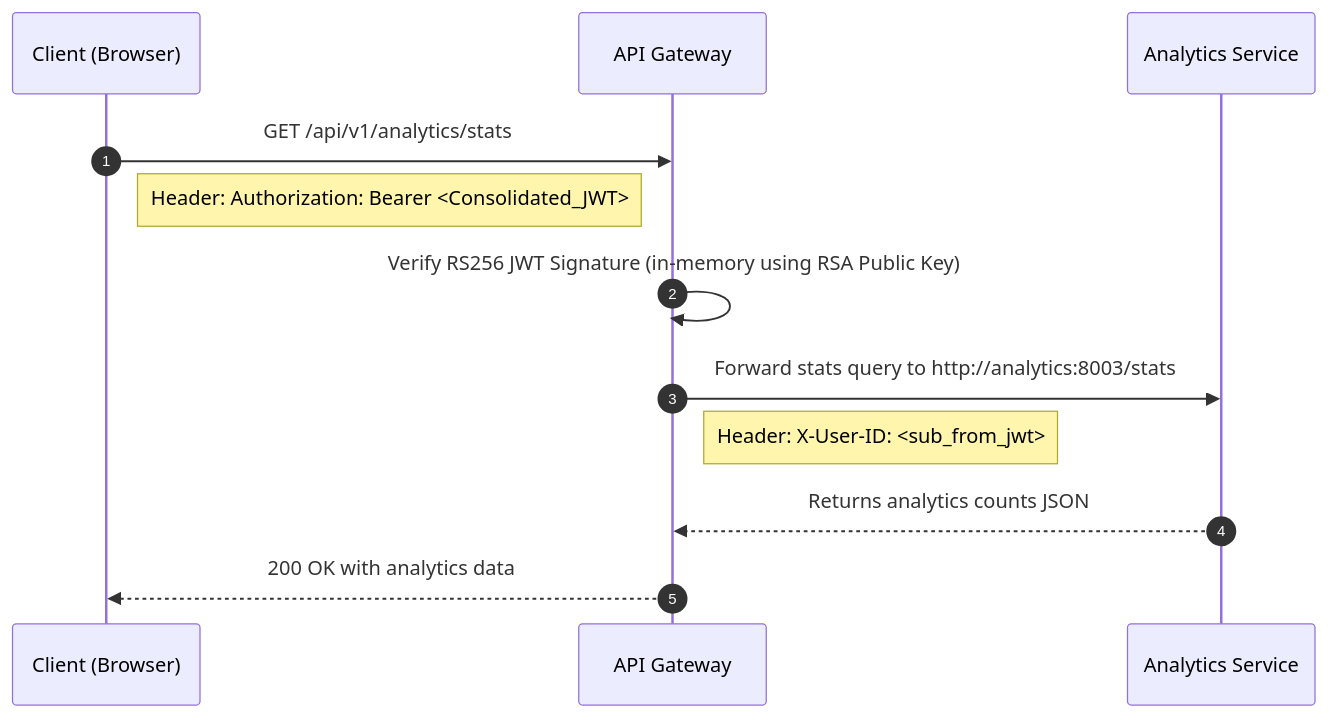
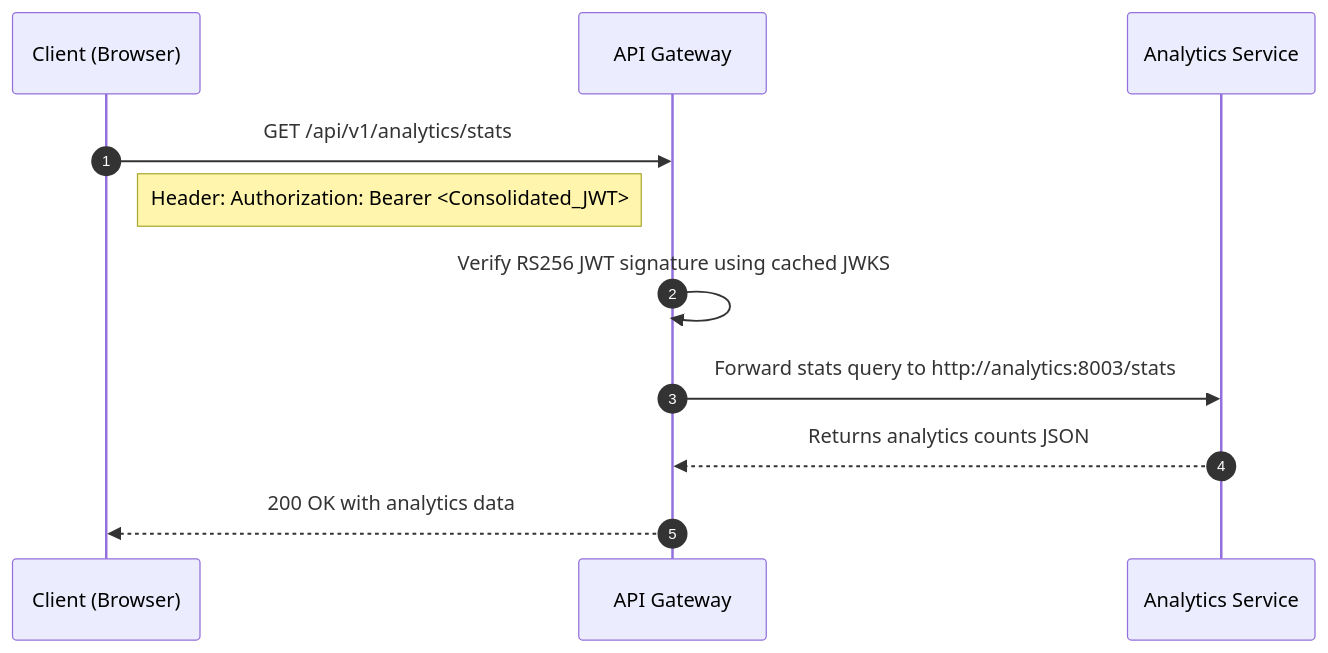
The second of 2 diagrams in design/analytics/01-analytics-design.md (boycececil666gmailcom/Microservice-Auth-Platform), drawn with Mermaid before and after one commit. The commit also changed other lines of this file and 78 other files, not shown here.

````diff
--- a/design/analytics/01-analytics-design.md
+++ b/design/analytics/01-analytics-design.md
@@ -38,17 +38,16 @@
 ```mermaid
 sequenceDiagram
     autonumber
     participant C as Client (Browser)
     participant G as API Gateway
     participant A as Analytics Service
 
     C->>G: GET /api/v1/analytics/stats
     Note right of C: Header: Authorization: Bearer <Consolidated_JWT>
     
-    G->>G: Verify RS256 JWT Signature (in-memory using RSA Public Key)
+    G->>G: Verify RS256 JWT signature using cached JWKS
     
     G->>A: Forward stats query to http://analytics:8003/stats
-    Note right of G: Header: X-User-ID: <sub_from_jwt>
     A-->>G: Returns analytics counts JSON
     G-->>C: 200 OK with analytics data
 ```
````
